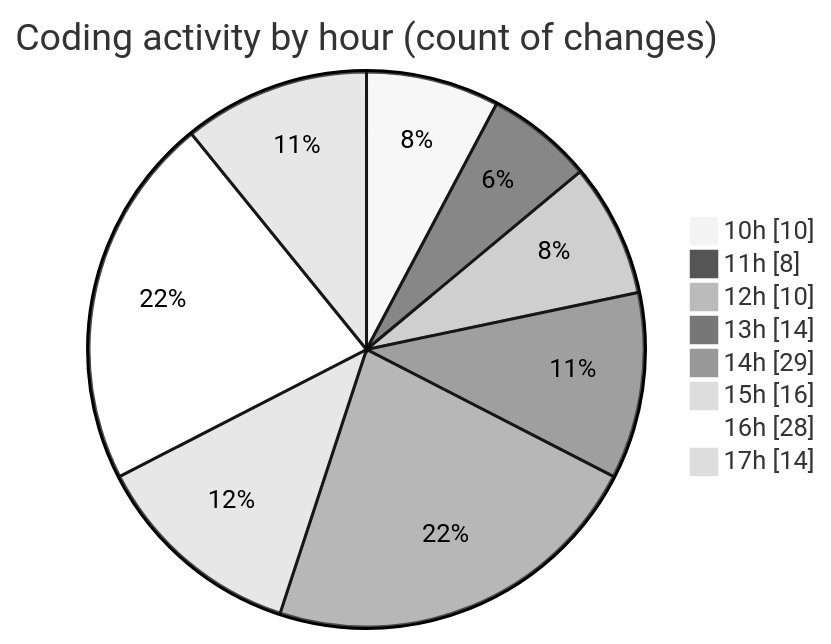
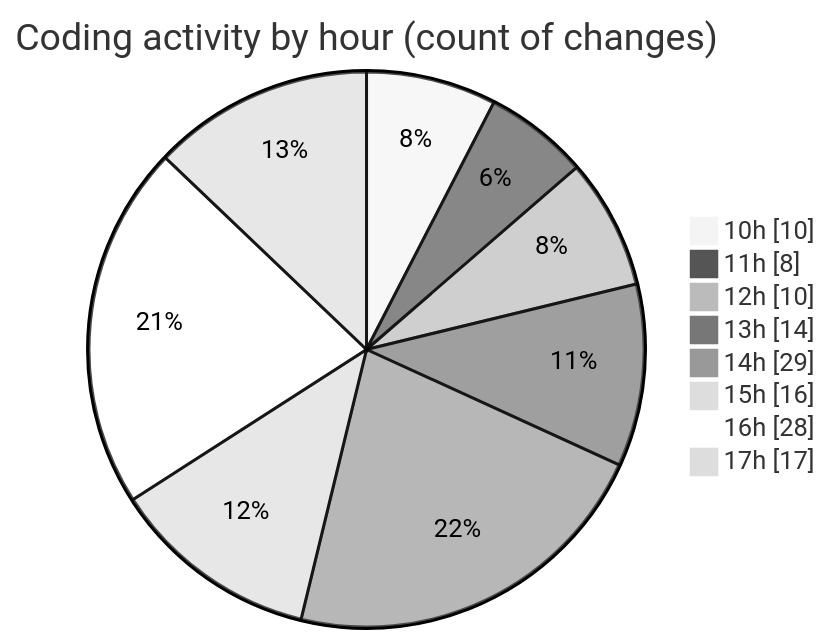
Before and after one commit to nxtqubesakshisongat/code-tracking: the second of 2 diagrams in 2025-07-29/nxtqube_webapp/README.md, drawn with Mermaid (neutral theme). The commit also changed other lines of this file and 1 other file, not shown here.

````diff
--- a/2025-07-29/nxtqube_webapp/README.md
+++ b/2025-07-29/nxtqube_webapp/README.md
@@ -40,12 +40,12 @@
 ```mermaid
 pie showData
 title Coding activity by hour (count of changes)
 "10h" : 10
 "11h" : 8
 "12h" : 10
 "13h" : 14
 "14h" : 29
 "15h" : 16
 "16h" : 28
-"17h" : 14
+"17h" : 17
 ```
````
